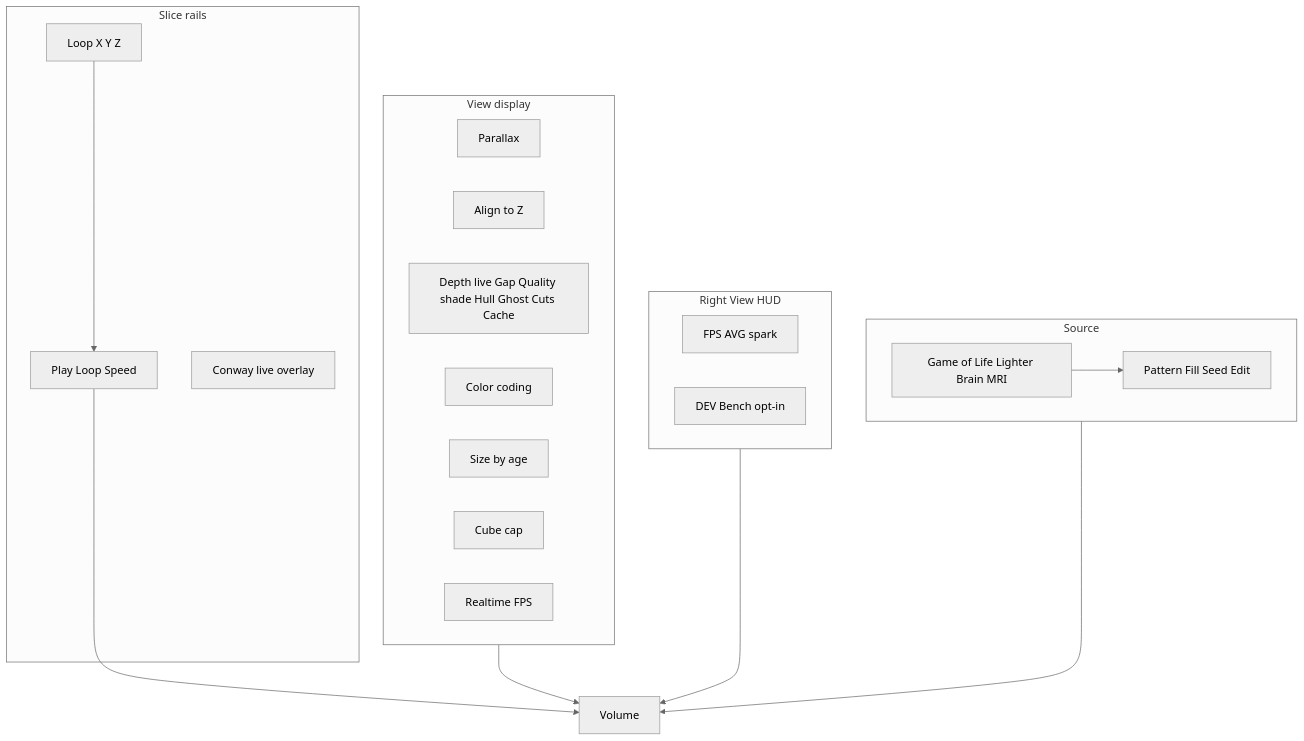
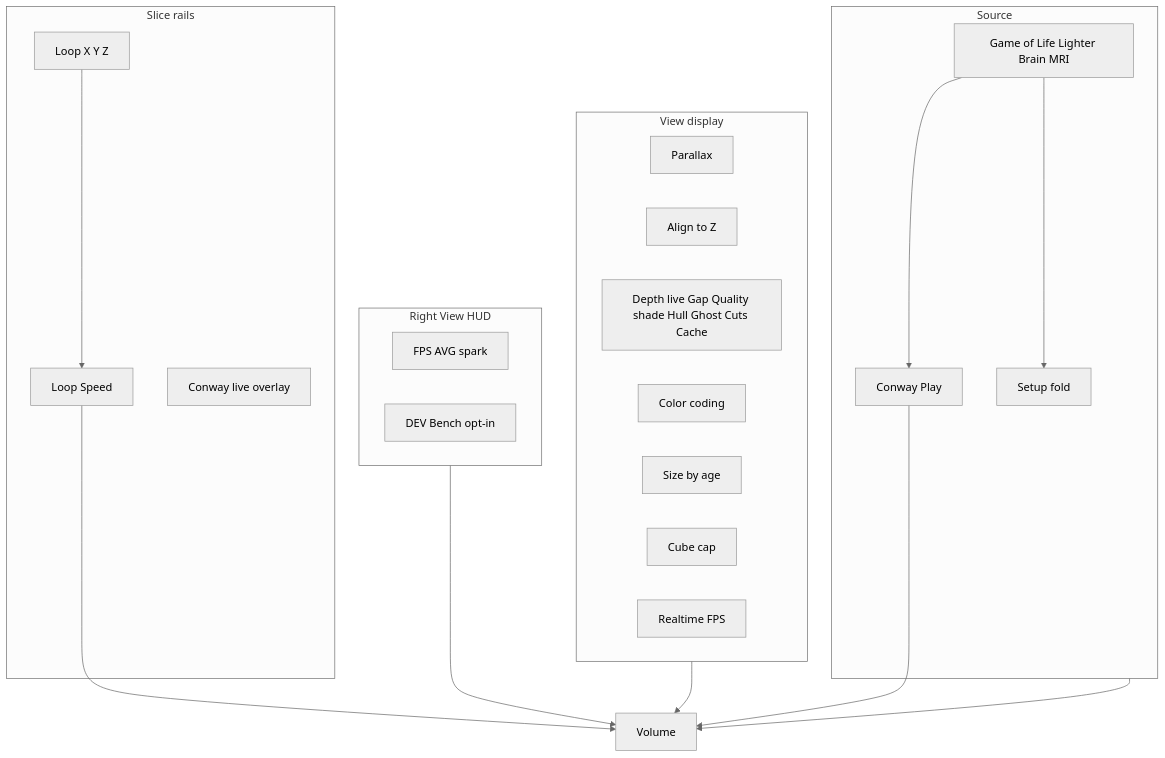
The fifth of 32 diagrams in architecture.md (PiMaV/DONNER), drawn with Mermaid (neutral theme) before and after one commit. The commit also changed other lines of this file and 22 other files, not shown here.

````diff
--- a/architecture.md
+++ b/architecture.md
@@ -153,31 +153,34 @@
 ```mermaid
 flowchart TB
   subgraph view [View display]
     bird[Parallax]
     align[Align to Z]
     win[Depth live Gap Quality shade Hull Ghost Cuts Cache]
     color[Color coding]
     stab[Size by age]
     cap[Cube cap]
     fps[Realtime FPS]
   end
   subgraph hud [Right View HUD]
     telemetry[FPS AVG spark]
     bench[DEV Bench opt-in]
   end
   subgraph source [Source]
     kind[Game of Life Lighter Brain MRI]
-    conway[Pattern Fill Seed Edit]
+    golPlay[Conway Play]
+    setup[Setup fold]
   end
   subgraph rails [Slice rails]
-    play[Play Loop Speed]
+    play[Loop Speed]
     axes[Loop X Y Z]
     gen[Conway live overlay]
   end
   view --> volume[Volume]
   hud --> volume
   play --> volume
+  golPlay --> volume
   source --> volume
-  kind --> conway
+  kind --> golPlay
+  kind --> setup
   axes --> play
 ```
````
